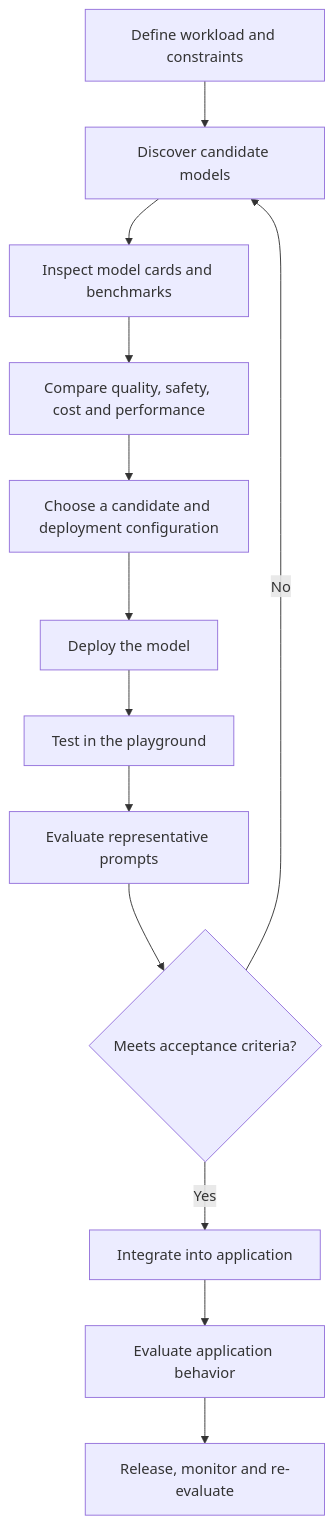
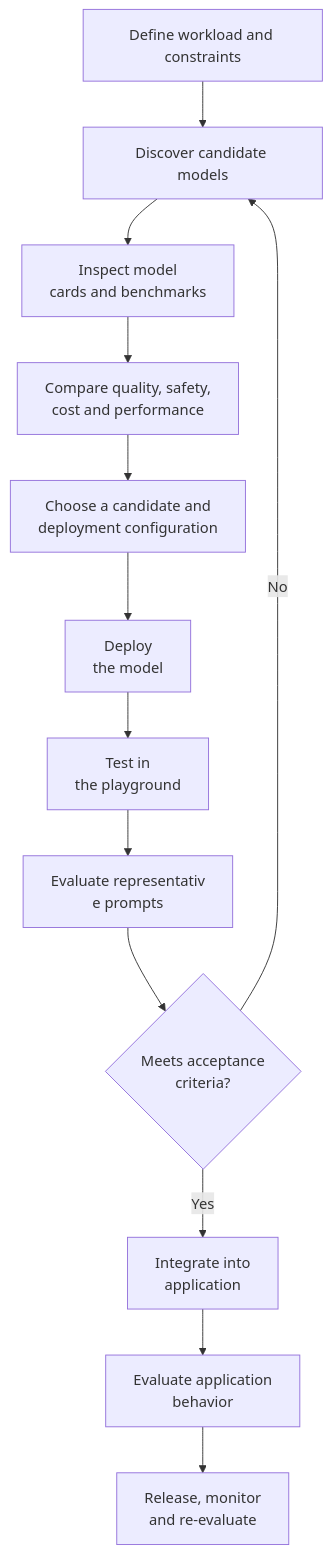
One commit to MihirKJha/enterprise-ai-engineering-handbook changed the second of 3 diagrams in docs/10-cloud-ai-engineering/01-azure-ai/generative-ai/01-azure-ai-architecture-and-model-lifecycle.md. Above: the diagram before and after it, drawn with Mermaid. The commit also changed other lines of this file, not shown here.

First line of the commit message:
update note 01-azure-ai-architecture-and-model-lifecycle.md

````diff
--- a/docs/10-cloud-ai-engineering/01-azure-ai/generative-ai/01-azure-ai-architecture-and-model-lifecycle.md
+++ b/docs/10-cloud-ai-engineering/01-azure-ai/generative-ai/01-azure-ai-architecture-and-model-lifecycle.md
@@ -199,15 +199,15 @@
 ``` mermaid
 flowchart TD
     A[Define workload and constraints] --> B[Discover candidate models]
-    B --> C[Inspect model cards and benchmarks]
-    C --> D[Compare quality, safety, cost and performance]
-    D --> E[Choose a candidate and deployment configuration]
-    E --> F[Deploy the model]
-    F --> G[Test in the playground]
-    G --> H[Evaluate representative prompts]
-    H --> I{Meets acceptance criteria?}
+    B --> C[Inspect model <br/>cards and benchmarks]
+    C --> D[Compare quality, safety,<br/> cost and performance]
+    D --> E[Choose a candidate and<br/> deployment configuration]
+    E --> F[Deploy <br/>the model]
+    F --> G[Test in <br/>the playground]
+    G --> H[Evaluate representativ<br/>e prompts]
+    H --> I{Meets acceptance<br/> criteria?}
     I -- No --> B
-    I -- Yes --> J[Integrate into application]
-    J --> K[Evaluate application behavior]
-    K --> L[Release, monitor and re-evaluate]
+    I -- Yes --> J[Integrate into<br/> application]
+    J --> K[Evaluate application <br/>behavior]
+    K --> L[Release, monitor<br/> and re-evaluate]
 ```
````
